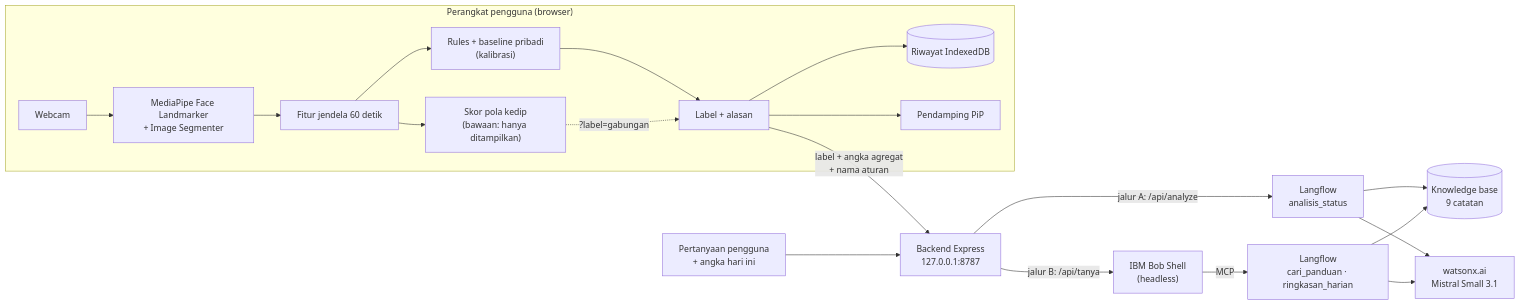
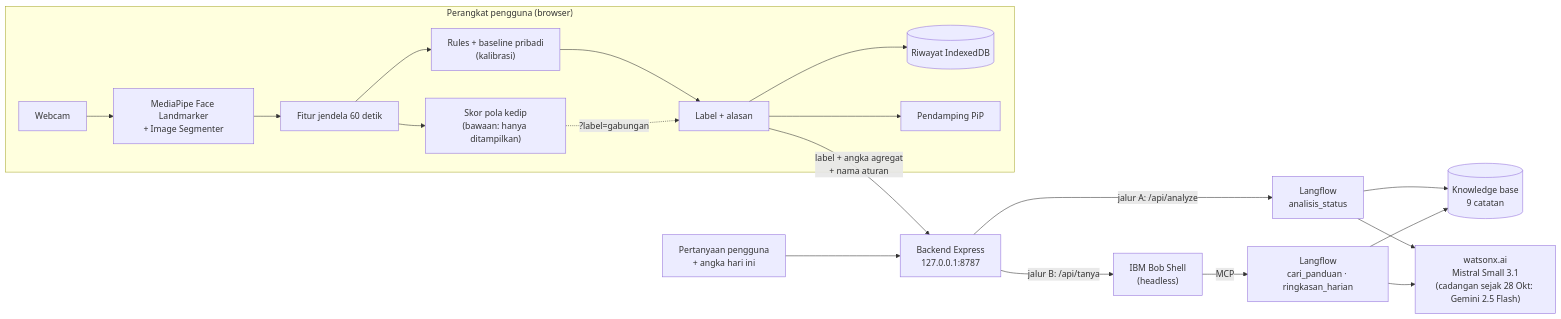
One commit to yayangacor/Equilibre changed the diagram in README.md. Above: the diagram before and after it, drawn with Mermaid. The commit also changed other lines of this file and 2 other files, not shown here.

First line of the commit message:
docs: README and server comments name Gemini as the fallback while the IBM trial code is pending (D-76)

````diff
--- a/README.md
+++ b/README.md
@@ -21,22 +21,22 @@
 ```mermaid
 flowchart LR
   subgraph device["Perangkat pengguna (browser)"]
     cam["Webcam"] --> mp["MediaPipe Face Landmarker<br/>+ Image Segmenter"]
     mp --> feat["Fitur jendela 60 detik"]
     feat --> rules["Rules + baseline pribadi<br/>(kalibrasi)"]
     rules --> label["Label + alasan"]
     feat --> blink["Skor pola kedip<br/>(bawaan: hanya ditampilkan)"]
     blink -. "?label=gabungan" .-> label
     label --> db[("Riwayat IndexedDB")]
     label --> pip["Pendamping PiP"]
   end
   label -- "label + angka agregat<br/>+ nama aturan" --> api["Backend Express<br/>127.0.0.1:8787"]
   ask["Pertanyaan pengguna<br/>+ angka hari ini"] --> api
   api -- "jalur A: /api/analyze" --> fa["Langflow<br/>analisis_status"]
   api -- "jalur B: /api/tanya" --> bob["IBM Bob Shell<br/>(headless)"]
   bob -- "MCP" --> fb["Langflow<br/>cari_panduan · ringkasan_harian"]
   fa --> kb[("Knowledge base<br/>9 catatan")]
   fb --> kb
-  fa --> llm["watsonx.ai<br/>Mistral Small 3.1"]
+  fa --> llm["watsonx.ai<br/>Mistral Small 3.1<br/>(cadangan sejak 28 Okt: Gemini 2.5 Flash)"]
   fb --> llm
 ```
````
